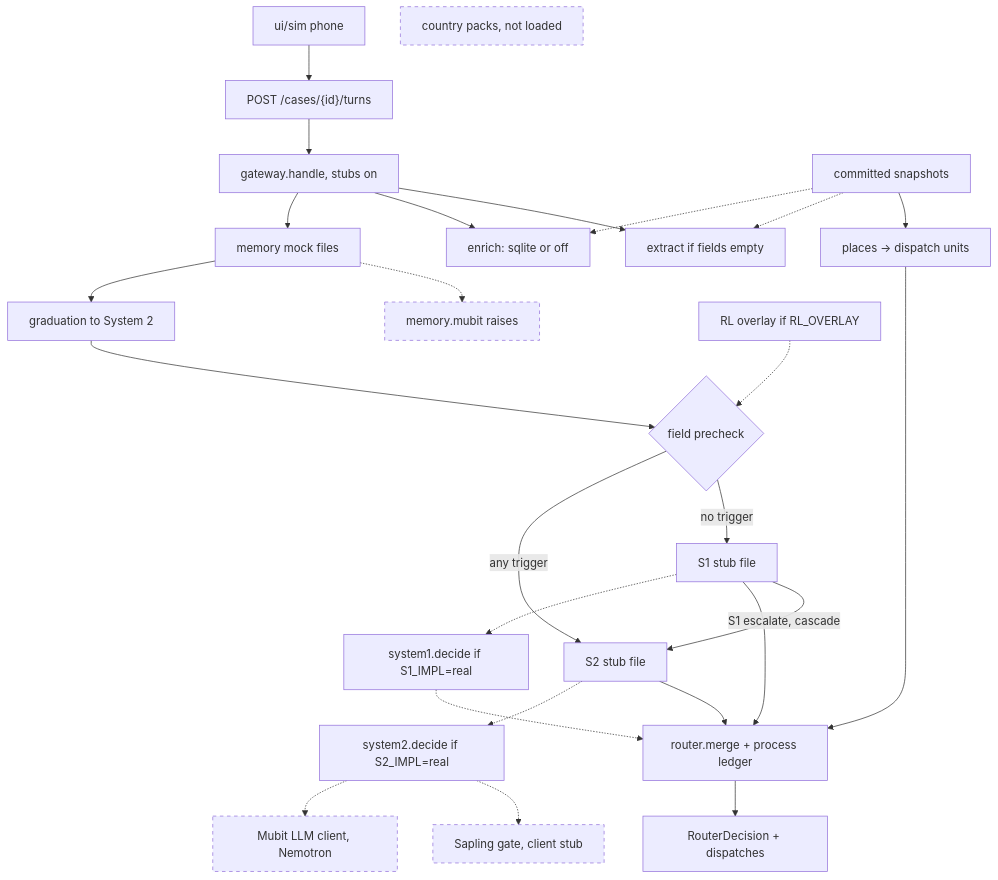
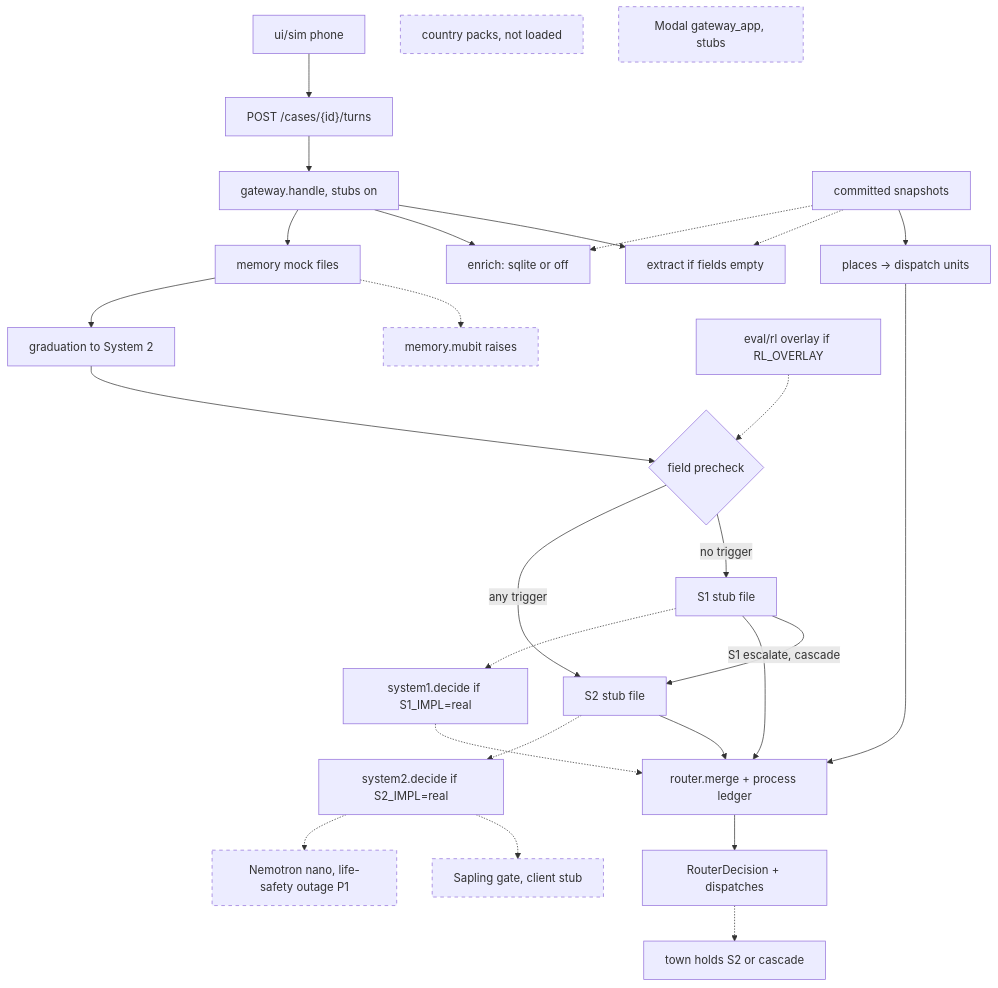
One commit to melaniepreen/Baan-Safe changed the first of 2 diagrams in README.md. Above: the diagram before and after it, drawn with Mermaid. The commit also changed 1 other file, not shown here.

Commit message:
docs: refresh architecture diagram (d8bbae6)
Name the eval/rl overlay, Nemotron nano with a life-safety outage as P1, the unwired Modal gateway app, and the browser hold on a System 2 or cascade vehicle. The cascade edge was already in the call graph.

````diff
--- a/README.md
+++ b/README.md
@@ -9,29 +9,31 @@
 ```mermaid
 flowchart TD
   classDef unwired stroke-dasharray: 5 5
   phone["ui/sim phone"] --> turns["POST /cases/{id}/turns"]
   turns --> gw["gateway.handle, stubs on"]
   gw --> extract["extract if fields empty"]
   gw --> enrich["enrich: sqlite or off"]
   gw --> mem["memory mock files"]
   mem -.-> mm["memory.mubit raises"]:::unwired
   mem --> grad["graduation to System 2"]
   grad --> pick{"field precheck"}
   pick -->|no trigger| s1["S1 stub file"]
   pick -->|any trigger| s2["S2 stub file"]
   s1 -->|"S1 escalate, cascade"| s2
-  ov["RL overlay if RL_OVERLAY"] -.-> pick
+  ov["eval/rl overlay if RL_OVERLAY"] -.-> pick
   s1 --> merge["router.merge + process ledger"]
   s2 --> merge
   snap["committed snapshots"] --> places["places → dispatch units"]
   places --> merge
   snap -.-> extract
   snap -.-> enrich
   merge --> out["RouterDecision + dispatches"]
+  out -.-> hold["town holds S2 or cascade"]
   s1 -.-> rules["system1.decide if S1_IMPL=real"]
   rules -.-> merge
   s2 -.-> s2d["system2.decide if S2_IMPL=real"]
   s2d -.-> sap["Sapling gate, client stub"]:::unwired
-  s2d -.-> llm["Mubit LLM client, Nemotron"]:::unwired
+  s2d -.-> llm["Nemotron nano, life-safety outage P1"]:::unwired
   packs["country packs, not loaded"]:::unwired
+  modal["Modal gateway_app, stubs"]:::unwired
 ```
````
